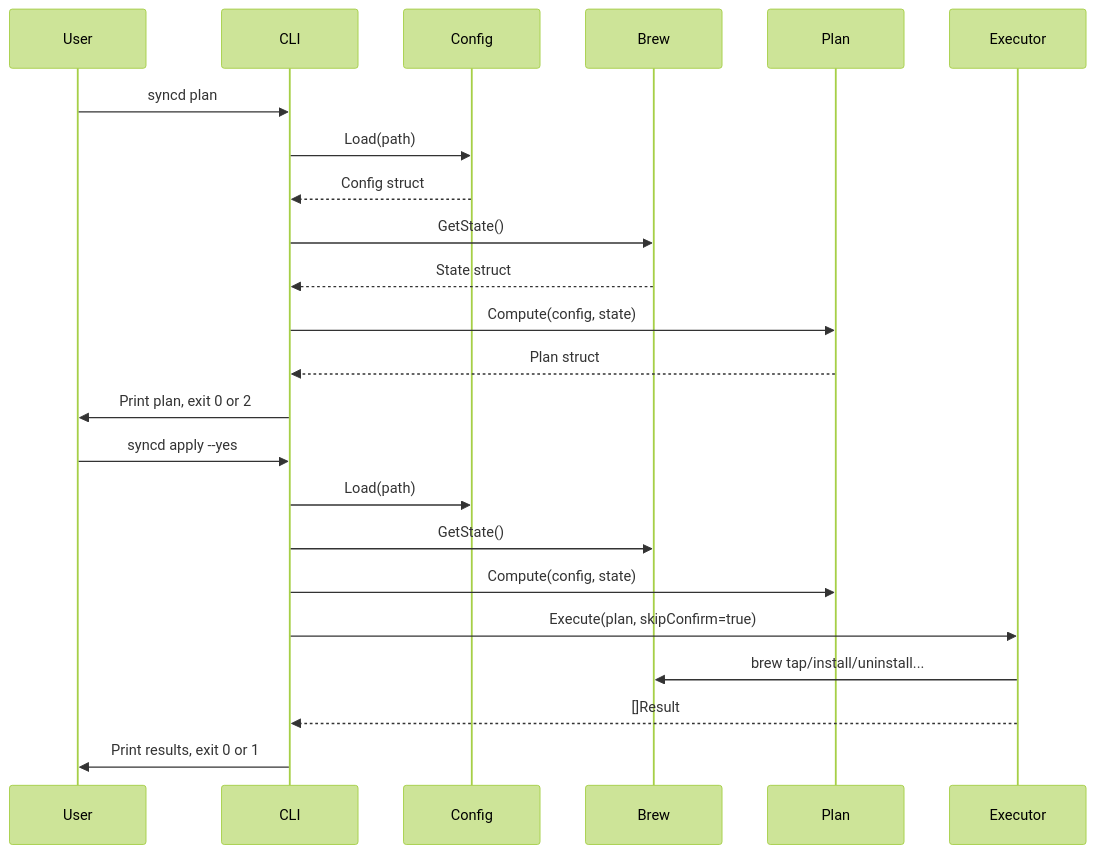
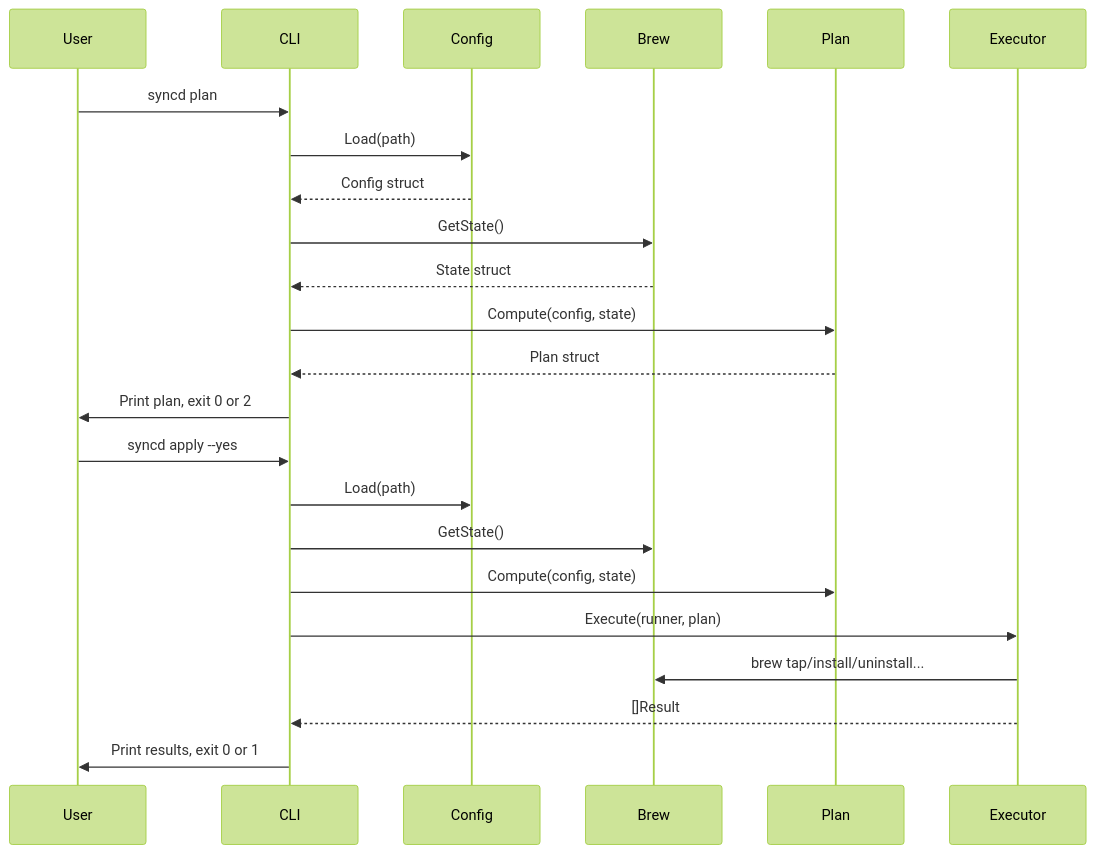
One commit to JoeDorseyJr/syncd changed the second of 2 diagrams in development/v0.1-mvp/design.md. Above: the diagram before and after it, drawn with Mermaid (forest theme). The commit also changed other lines of this file and 4 other files, not shown here.

````diff
--- a/development/v0.1-mvp/design.md
+++ b/development/v0.1-mvp/design.md
@@ -126,27 +126,27 @@
 ```mermaid
 sequenceDiagram
     participant User
     participant CLI
     participant Config
     participant Brew
     participant Plan
     participant Executor
 
     User->>CLI: syncd plan
     CLI->>Config: Load(path)
     Config-->>CLI: Config struct
     CLI->>Brew: GetState()
     Brew-->>CLI: State struct
     CLI->>Plan: Compute(config, state)
     Plan-->>CLI: Plan struct
     CLI->>User: Print plan, exit 0 or 2
 
     User->>CLI: syncd apply --yes
     CLI->>Config: Load(path)
     CLI->>Brew: GetState()
     CLI->>Plan: Compute(config, state)
-    CLI->>Executor: Execute(plan, skipConfirm=true)
+    CLI->>Executor: Execute(runner, plan)
     Executor->>Brew: brew tap/install/uninstall...
     Executor-->>CLI: []Result
     CLI->>User: Print results, exit 0 or 1
 ```
````
